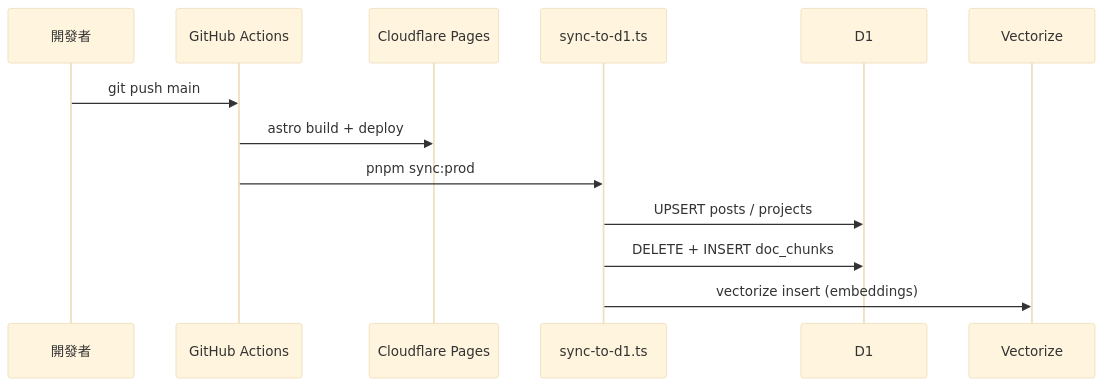
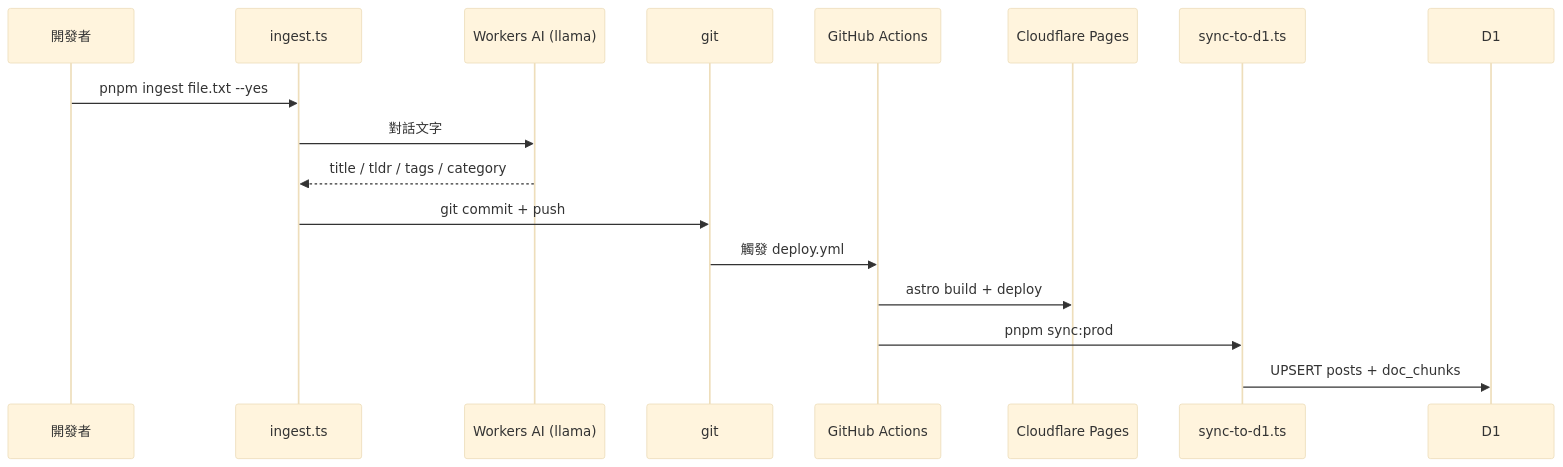
One commit to a920604a/engineernews changed the second of 4 diagrams in docs/architecture.md. Above: the diagram before and after it, drawn with Mermaid (base theme). The commit also changed other lines of this file and 7 other files, not shown here.

````diff
--- a/docs/architecture.md
+++ b/docs/architecture.md
@@ -53,16 +56,20 @@
 ```mermaid
 sequenceDiagram
   participant Dev as 開發者
+  participant Ingest as ingest.ts
+  participant LLM as Workers AI (llama)
+  participant Git as git
   participant GH as GitHub Actions
   participant Pages as Cloudflare Pages
-  participant Script as sync-to-d1.ts
+  participant Sync as sync-to-d1.ts
   participant D1
-  participant Vec as Vectorize
 
-  Dev->>GH: git push main
+  Dev->>Ingest: pnpm ingest file.txt --yes
+  Ingest->>LLM: 對話文字
+  LLM-->>Ingest: title / tldr / tags / category
+  Ingest->>Git: git commit + push
+  Git->>GH: 觸發 deploy.yml
   GH->>Pages: astro build + deploy
-  GH->>Script: pnpm sync:prod
-  Script->>D1: UPSERT posts / projects
-  Script->>D1: DELETE + INSERT doc_chunks
-  Script->>Vec: vectorize insert (embeddings)
+  GH->>Sync: pnpm sync:prod
+  Sync->>D1: UPSERT posts + doc_chunks
 ```
````
